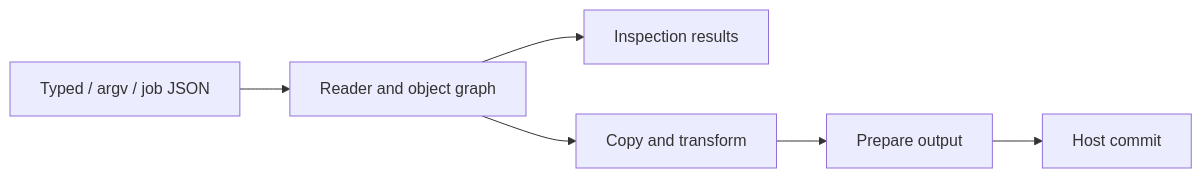
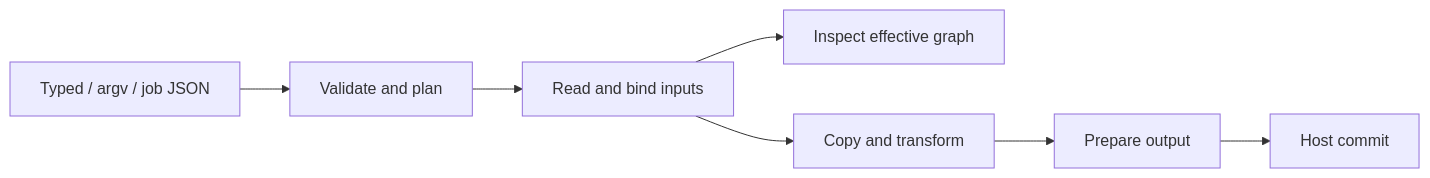
Before and after one commit to Lokad/qpdf: the diagram in docs/ARCHITECTURE.md, drawn with Mermaid. The commit also changed other lines of this file and 2 other files, not shown here.

````diff
--- a/docs/ARCHITECTURE.md
+++ b/docs/ARCHITECTURE.md
@@ -10,8 +11,9 @@
 ```mermaid
 flowchart LR
-    Entry[Typed / argv / job JSON] --> Reader[Reader and object graph]
-    Reader --> Inspect[Inspection results]
-    Reader --> Transform[Copy and transform]
-    Transform --> Writer[Prepare output]
-    Writer --> Host[Host commit]
+    Entry[Typed / argv / job JSON] --> Plan[Validate and plan]
+    Plan --> Bind[Read and bind inputs]
+    Bind --> Inspect[Inspect effective graph]
+    Bind --> Transform[Copy and transform]
+    Transform --> Write[Prepare output]
+    Write --> Commit[Host commit]
 ```
````
